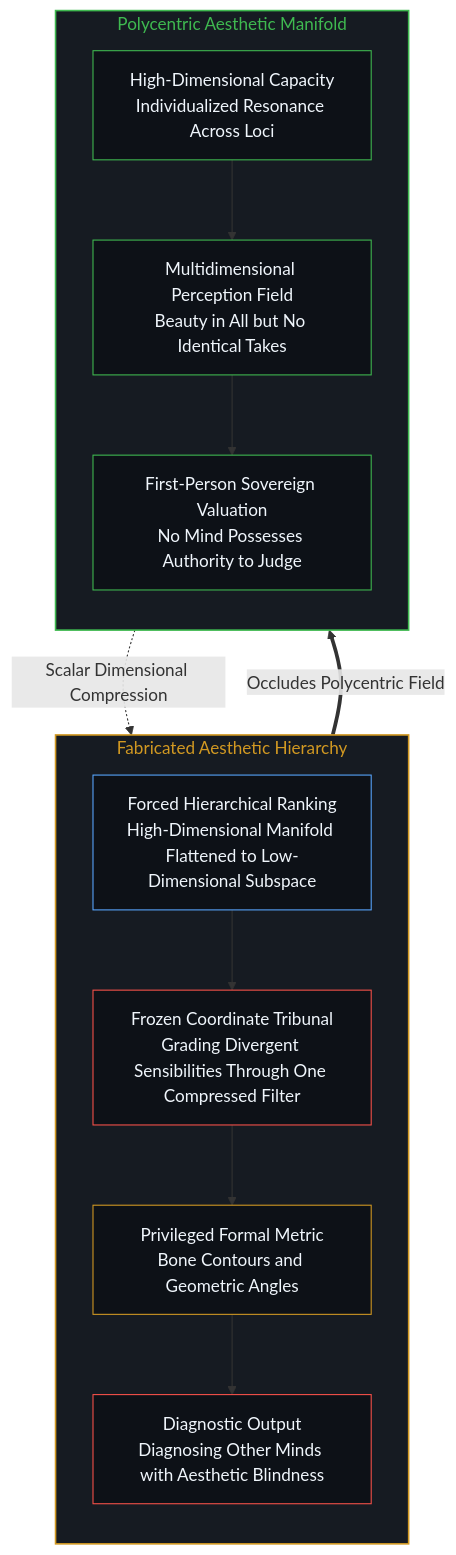
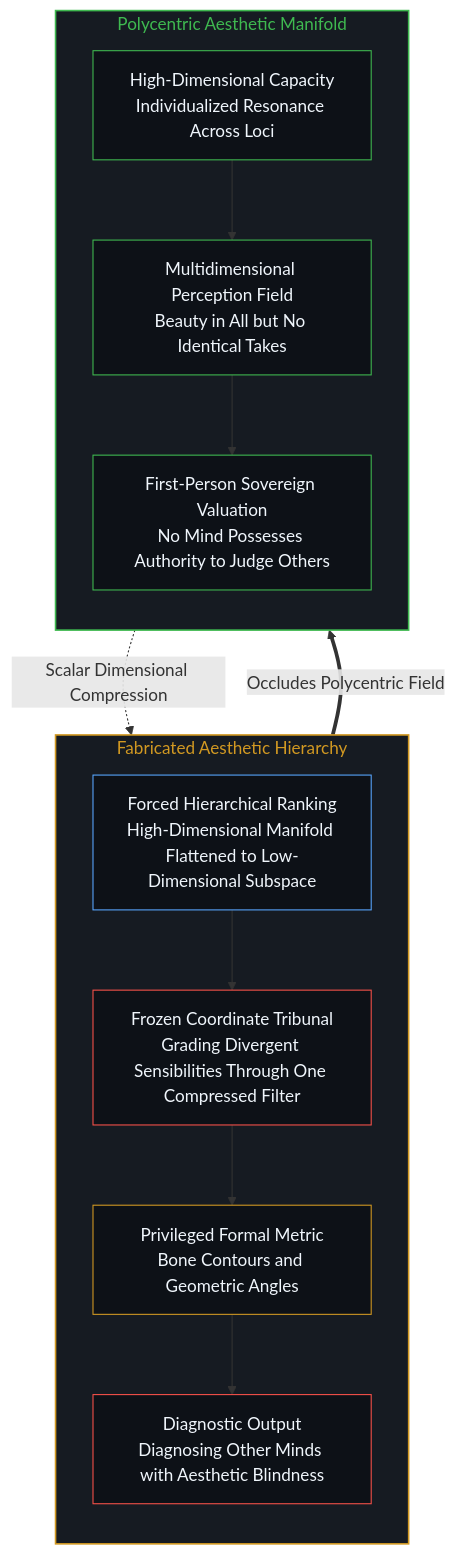
The fourth of 8 diagrams in content/posts/the-self-portrait-in-the-projection.md (powerpig99/not-a-toe), drawn with Mermaid before and after one commit. The commit also changed other lines of this file and 1 other file, not shown here.

````diff
--- a/content/posts/the-self-portrait-in-the-projection.md
+++ b/content/posts/the-self-portrait-in-the-projection.md
@@ -113,31 +113,31 @@
 ```mermaid
 flowchart TD
   subgraph S_HIER["Fabricated Aesthetic Hierarchy"]
     direction TB
     H_PROJ["Forced Hierarchical Ranking<br/>High-Dimensional Manifold Flattened to Low-Dimensional Subspace"]
     H_FREEZE["Frozen Coordinate Tribunal<br/>Grading Divergent Sensibilities Through One Compressed Filter"]
     H_HIGH["Privileged Formal Metric<br/>Bone Contours and Geometric Angles"]
     H_STIGMA["Diagnostic Output<br/>Diagnosing Other Minds with Aesthetic Blindness"]
   end
   subgraph S_LOCUS["Polycentric Aesthetic Manifold"]
     direction TB
     L_HIGH["High-Dimensional Capacity<br/>Individualized Resonance Across Loci"]
     L_FIELD["Multidimensional Perception Field<br/>Beauty in All but No Identical Takes"]
-    L_SOV["First-Person Sovereign Valuation<br/>No Mind Possesses Authority to Judge"]
+    L_SOV["First-Person Sovereign Valuation<br/>No Mind Possesses Authority to Judge Others"]
   end
   L_HIGH -.->|"Scalar Dimensional Compression"| H_PROJ
   H_PROJ --> H_FREEZE
   H_FREEZE --> H_HIGH
   H_HIGH --> H_STIGMA
   L_HIGH --> L_FIELD --> L_SOV
   H_STIGMA ==>|"Occludes Polycentric Field"| L_FIELD
   style S_HIER fill:#161b22,stroke:#d29922,stroke-width:1.5px,color:#d29922
   style S_LOCUS fill:#161b22,stroke:#3fb950,stroke-width:1.5px,color:#3fb950
   style H_PROJ fill:#0d1117,stroke:#58a6ff,stroke-width:1px,color:#f0f6fc
   style H_FREEZE fill:#0d1117,stroke:#f85149,stroke-width:1px,color:#f0f6fc
   style H_HIGH fill:#0d1117,stroke:#d29922,stroke-width:1px,color:#f0f6fc
   style H_STIGMA fill:#0d1117,stroke:#f85149,stroke-width:1px,color:#f0f6fc
   style L_HIGH fill:#0d1117,stroke:#3fb950,stroke-width:1px,color:#f0f6fc
   style L_FIELD fill:#0d1117,stroke:#3fb950,stroke-width:1px,color:#f0f6fc
   style L_SOV fill:#0d1117,stroke:#3fb950,stroke-width:1px,color:#f0f6fc
 ```
````
